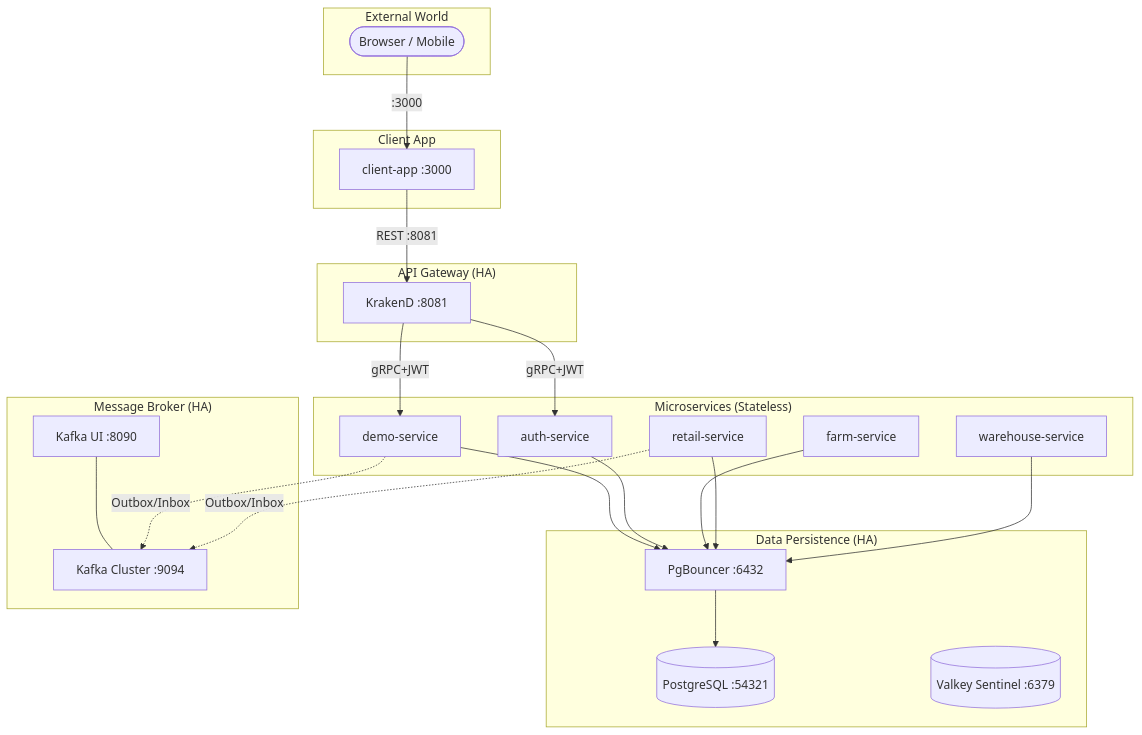
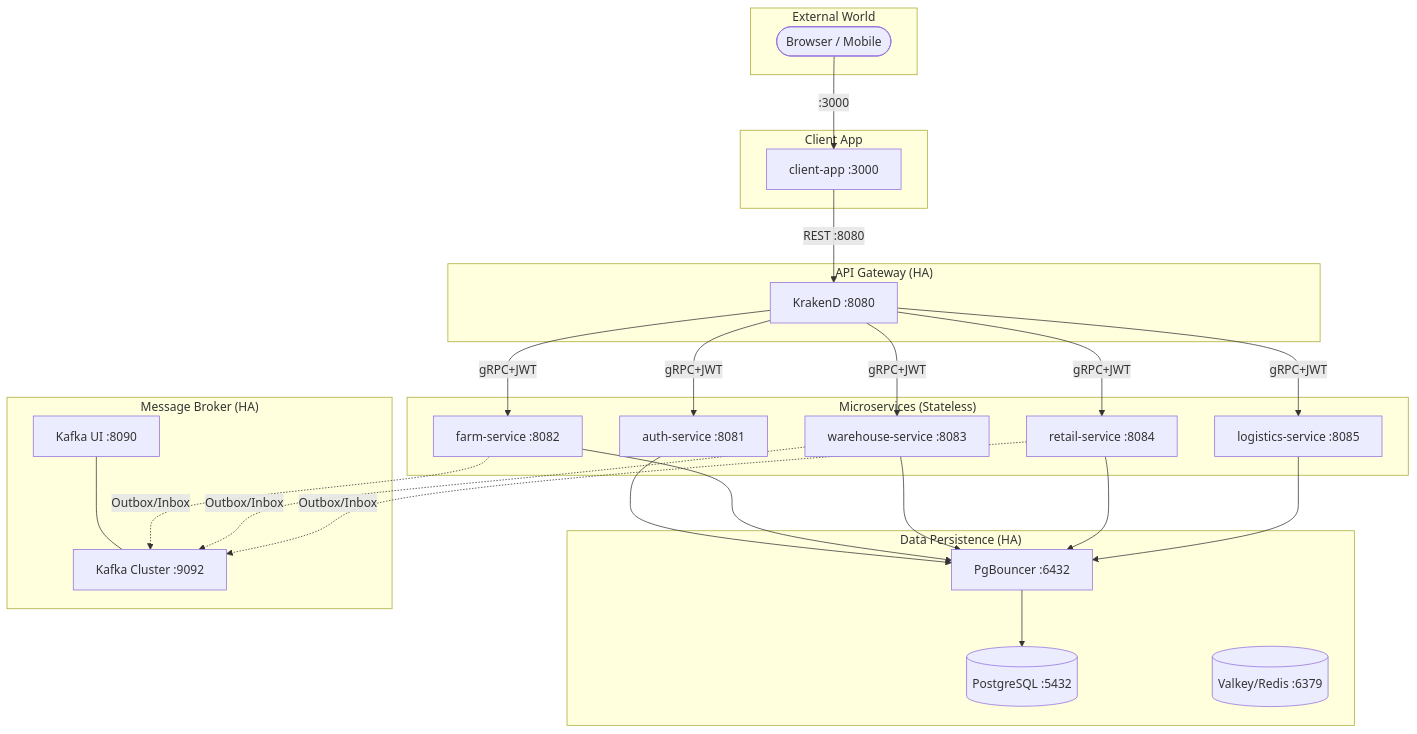
One commit to dungxbuif/RuntimeRoasters changed the diagram in docs/architecture/README.md. Above: the diagram before and after it, drawn with Mermaid. The commit also changed other lines of this file and 70 other files, not shown here.

````diff
--- a/docs/architecture/README.md
+++ b/docs/architecture/README.md
@@ -60,47 +60,51 @@
 ```mermaid
 graph TB
     subgraph "External World"
         Browser([Browser / Mobile])
     end
 
     subgraph "Client App"
         CA[client-app :3000]
     end
 
     subgraph "API Gateway (HA)"
-        GW[KrakenD :8081]
+        GW[KrakenD :8080]
     end
 
     subgraph "Microservices (Stateless)"
-        DS[demo-service]
-        AS[auth-service]
-        FS[farm-service]
-        RS[retail-service]
-        WS[warehouse-service]
+        AS[auth-service :8081]
+        FS[farm-service :8082]
+        WS[warehouse-service :8083]
+        RS[retail-service :8084]
+        LS[logistics-service :8085]
     end
 
     subgraph "Data Persistence (HA)"
         PB[PgBouncer :6432]
-        PG[(PostgreSQL :54321)]
-        RD[(Valkey Sentinel :6379)]
+        PG[(PostgreSQL :5432)]
+        RD[(Valkey/Redis :6379)]
         PB --> PG
     end
 
     subgraph "Message Broker (HA)"
-        KF[Kafka Cluster :9094]
+        KF[Kafka Cluster :9092]
         KUI[Kafka UI :8090]
         KUI --- KF
     end
 
     Browser -->|:3000| CA
-    CA -->|REST :8081| GW
-    GW -->|gRPC+JWT| DS
+    CA -->|REST :8080| GW
     GW -->|gRPC+JWT| AS
-    DS --> PB
+    GW -->|gRPC+JWT| FS
+    GW -->|gRPC+JWT| WS
+    GW -->|gRPC+JWT| RS
+    GW -->|gRPC+JWT| LS
     AS --> PB
     FS --> PB
+    WS --> PB
     RS --> PB
-    WS --> PB
-    DS -.->|Outbox/Inbox| KF
+    LS --> PB
+    FS -.->|Outbox/Inbox| KF
+    WS -.->|Outbox/Inbox| KF
     RS -.->|Outbox/Inbox| KF
 ```
````
